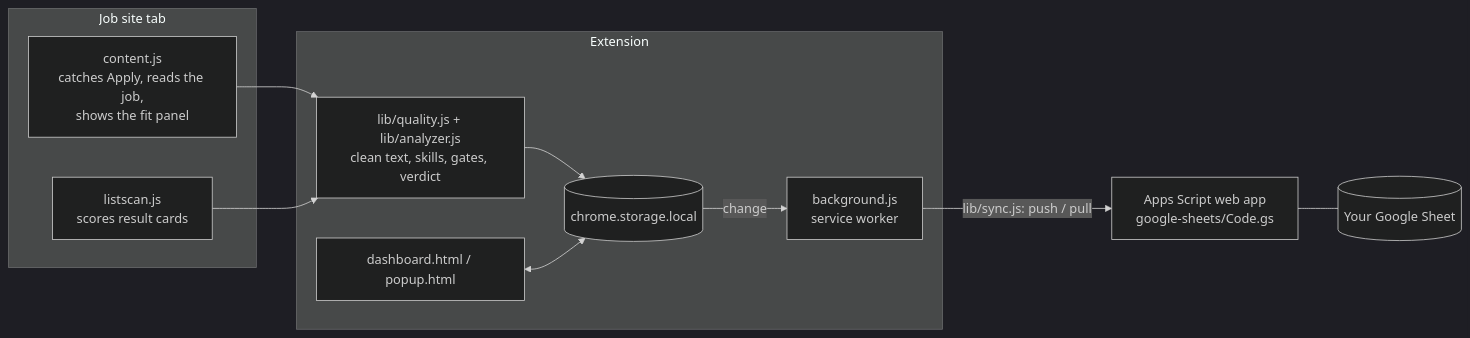
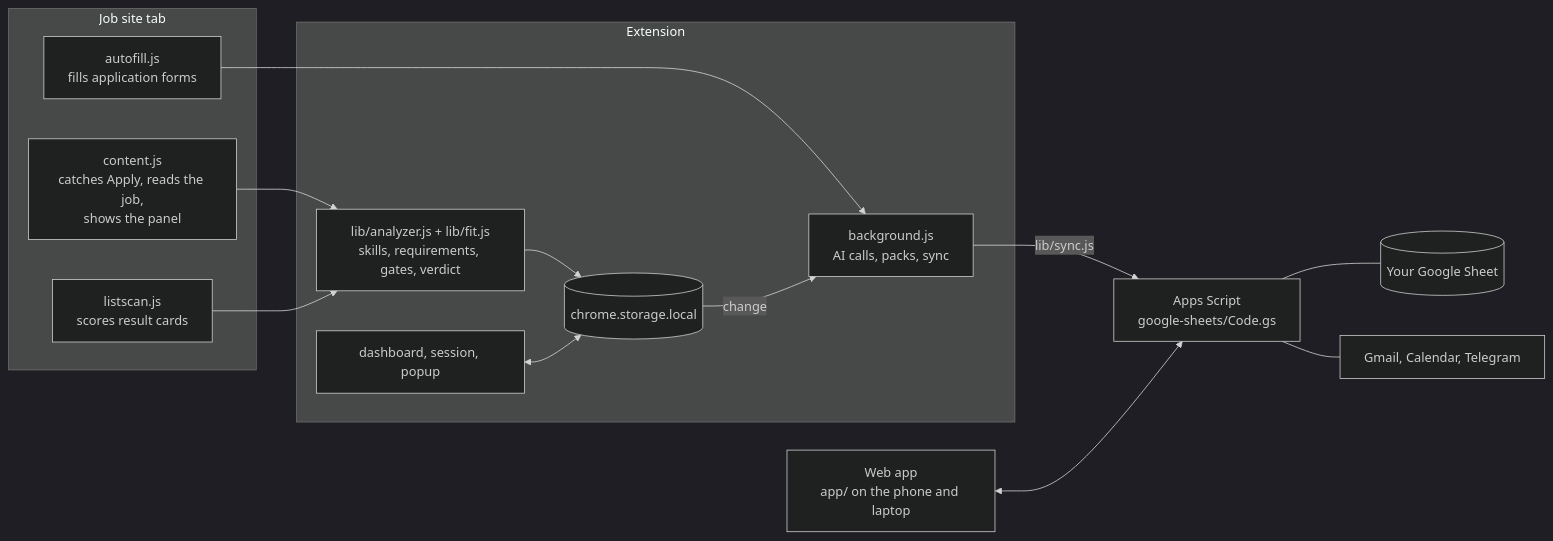
Before and after one commit to Ezzeto/job-tracker: the diagram in README.md, drawn with Mermaid (dark theme). The commit also changed other lines of this file and 39 other files, not shown here.

First line of the commit message:
3.14: English for the web app, session and autofill; README rewritten with new screenshots

````diff
--- a/README.md
+++ b/README.md
@@ -31,20 +161,25 @@
 ```mermaid
 flowchart LR
   subgraph tab [Job site tab]
-    CS[content.js<br/>catches Apply, reads the job,<br/>shows the fit panel]
+    CS[content.js<br/>catches Apply, reads the job,<br/>shows the panel]
     LS[listscan.js<br/>scores result cards]
+    AF[autofill.js<br/>fills application forms]
   end
   subgraph ext [Extension]
-    AN[lib/quality.js + lib/analyzer.js<br/>clean text, skills, gates, verdict]
+    AN[lib/analyzer.js + lib/fit.js<br/>skills, requirements, gates, verdict]
     ST[(chrome.storage.local)]
-    SW[background.js<br/>service worker]
-    DB[dashboard.html / popup.html]
+    SW[background.js<br/>AI calls, packs, sync]
+    DB[dashboard, session, popup]
   end
-  GS[Apps Script web app<br/>google-sheets/Code.gs] --- SH[(Your Google Sheet)]
+  APP[Web app<br/>app/ on the phone and laptop]
+  GS[Apps Script<br/>google-sheets/Code.gs] --- SH[(Your Google Sheet)]
+  GS --- GM[Gmail, Calendar, Telegram]
 
   CS --> AN --> ST
   LS --> AN
+  AF --> SW
   DB <--> ST
   ST -- change --> SW
-  SW -- "lib/sync.js: push / pull" --> GS
+  SW -- "lib/sync.js" --> GS
+  APP <--> GS
 ```
````
